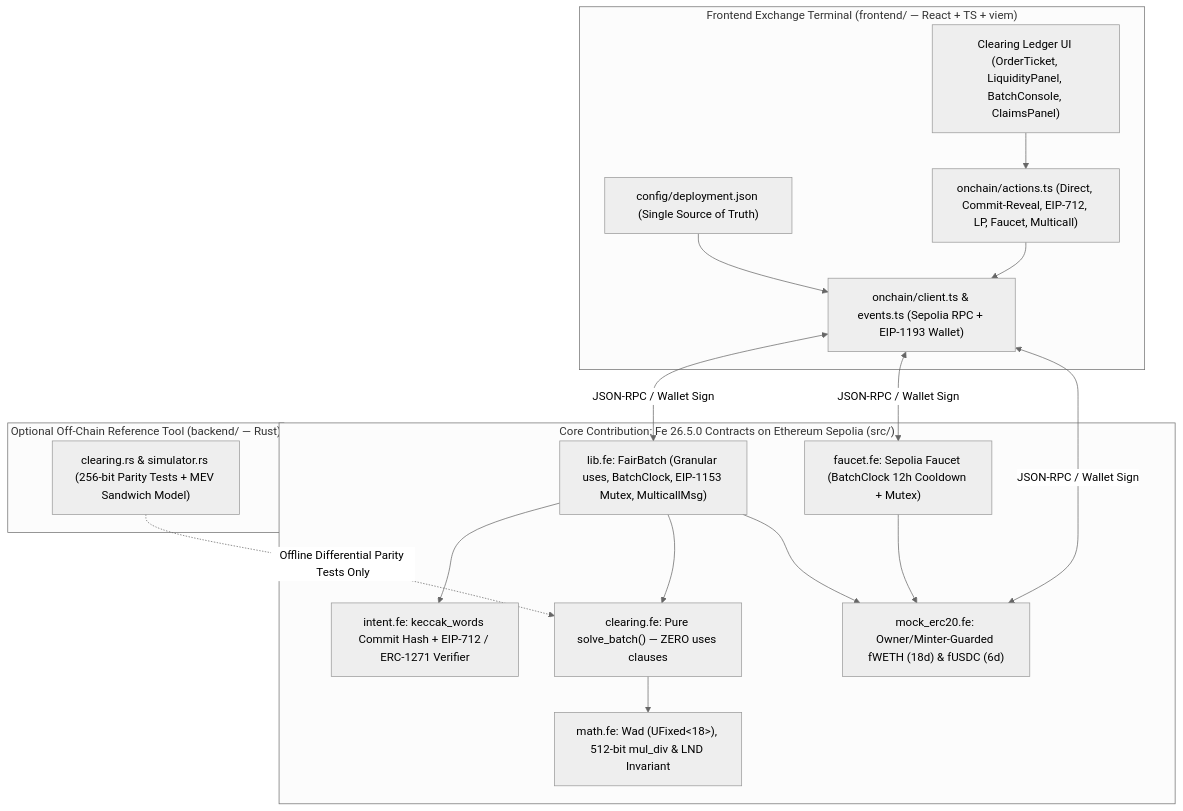
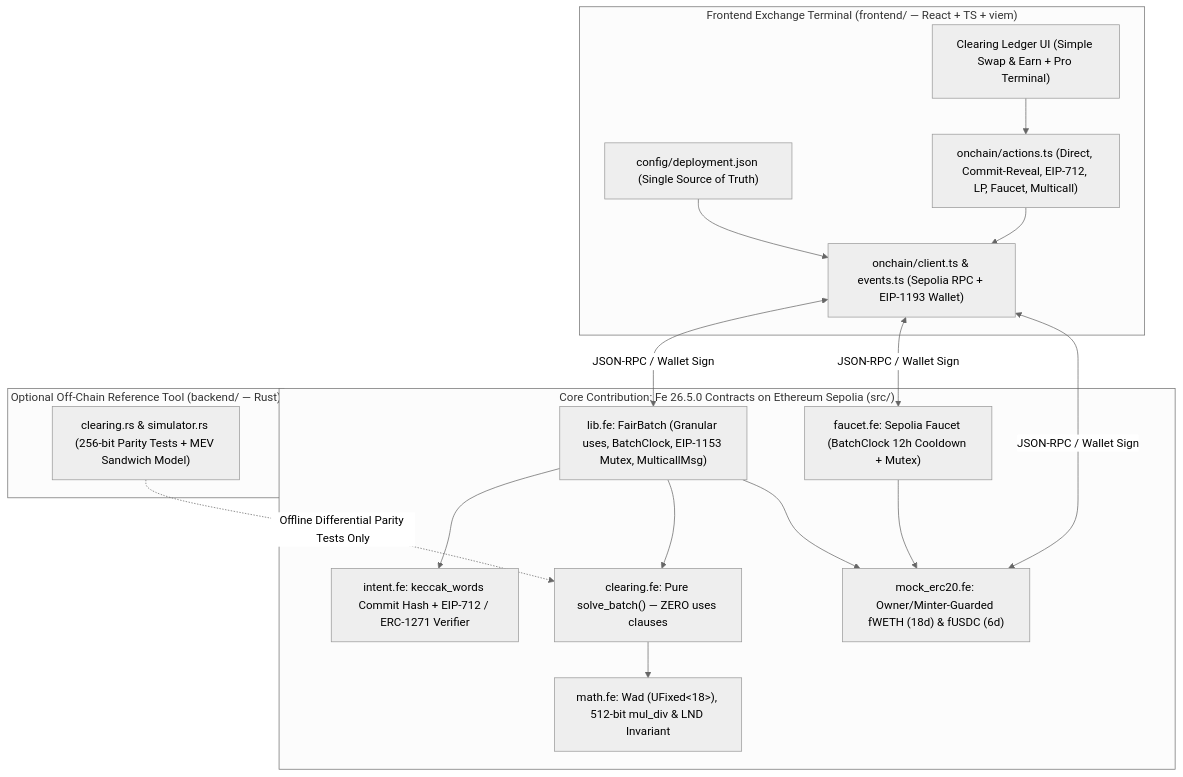
The diagram in README.md (Asif2902/FairBatch), drawn with Mermaid (neutral theme) before and after one commit. The commit also changed other lines of this file, not shown here.

````diff
--- a/README.md
+++ b/README.md
@@ -69,30 +79,30 @@
 ```mermaid
 flowchart TB
     subgraph Frontend["Frontend Exchange Terminal (frontend/ — React + TS + viem)"]
         Cfg["config/deployment.json (Single Source of Truth)"]
         Client["onchain/client.ts & events.ts (Sepolia RPC + EIP-1193 Wallet)"]
         Actions["onchain/actions.ts (Direct, Commit-Reveal, EIP-712, LP, Faucet, Multicall)"]
-        UI["Clearing Ledger UI (OrderTicket, LiquidityPanel, BatchConsole, ClaimsPanel)"]
+        UI["Clearing Ledger UI (Simple Swap & Earn + Pro Terminal)"]
     end
 
     subgraph Contracts["Core Contribution: Fe 26.5.0 Contracts on Ethereum Sepolia (src/)"]
         FB["lib.fe: FairBatch (Granular uses, BatchClock, EIP-1153 Mutex, MulticallMsg)"]
         Intent["intent.fe: keccak_words Commit Hash + EIP-712 / ERC-1271 Verifier"]
         Clear["clearing.fe: Pure solve_batch() — ZERO uses clauses"]
         Math["math.fe: Wad (UFixed<18>), 512-bit mul_div & LND Invariant"]
         Faucet["faucet.fe: Sepolia Faucet (BatchClock 12h Cooldown + Mutex)"]
         Tokens["mock_erc20.fe: Owner/Minter-Guarded fWETH (18d) & fUSDC (6d)"]
     end
 
     subgraph RefTool["Optional Off-Chain Reference Tool (backend/ — Rust)"]
         Parity["clearing.rs & simulator.rs (256-bit Parity Tests + MEV Sandwich Model)"]
     end
 
     Cfg --> Client
     UI --> Actions --> Client
     Client <-->|"JSON-RPC / Wallet Sign"| FB & Faucet & Tokens
     FB --> Intent & Clear & Tokens
     Clear --> Math
     Faucet --> Tokens
     Parity -.->|"Offline Differential Parity Tests Only"| Clear
 ```
````
